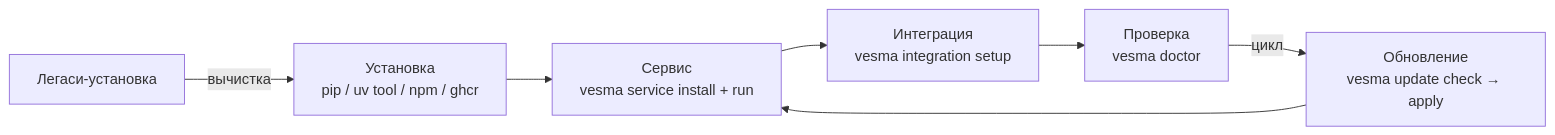
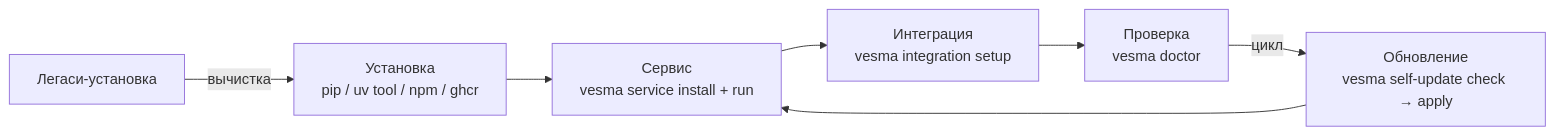
One commit to vesmaro/vesma changed the diagram in docs/ru/user/getting-started.md. Above: the diagram before and after it, drawn with Mermaid. The commit also changed other lines of this file and 5 other files, not shown here.

````diff
--- a/docs/ru/user/getting-started.md
+++ b/docs/ru/user/getting-started.md
@@ -17,9 +17,9 @@
 ```mermaid
 flowchart LR
     A[Установка<br>pip / uv tool / npm / ghcr] --> B[Сервис<br>vesma service install + run]
     B --> C[Интеграция<br>vesma integration setup]
     C --> D[Проверка<br>vesma doctor]
-    D -->|цикл| E[Обновление<br>vesma update check → apply]
+    D -->|цикл| E[Обновление<br>vesma self-update check → apply]
     E --> B
     F[Легаси-установка] -->|вычистка| A
 ```
````
